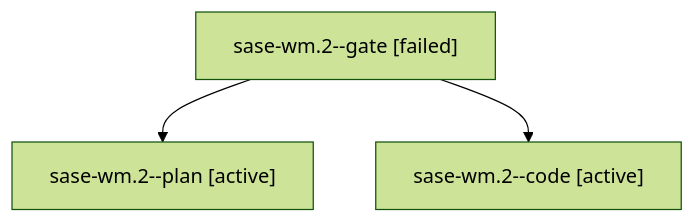
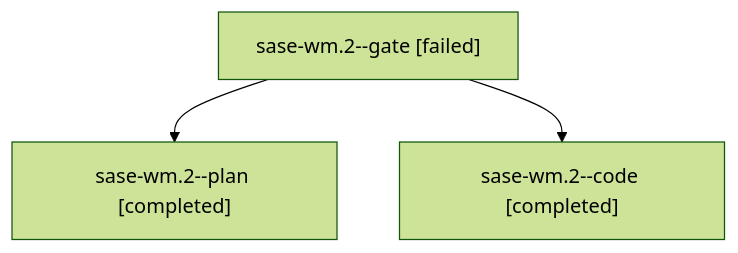
One commit to sase-org/sase--agents changed the diagram in families/bbugyi200.apollo.sase-wm.2.md. Above: the diagram before and after it, drawn with Mermaid (forest theme). The commit also changed other lines of this file and 73 other files, not shown here.

````diff
--- a/families/bbugyi200.apollo.sase-wm.2.md
+++ b/families/bbugyi200.apollo.sase-wm.2.md
@@ -9,8 +9,8 @@
 ```mermaid
 flowchart TD
   n0["sase-wm.2--gate [failed]"]
-  n1["sase-wm.2--plan [active]"]
+  n1["sase-wm.2--plan [completed]"]
   n0 --> n1
-  n2["sase-wm.2--code [active]"]
+  n2["sase-wm.2--code [completed]"]
   n0 --> n2
 ```
````
